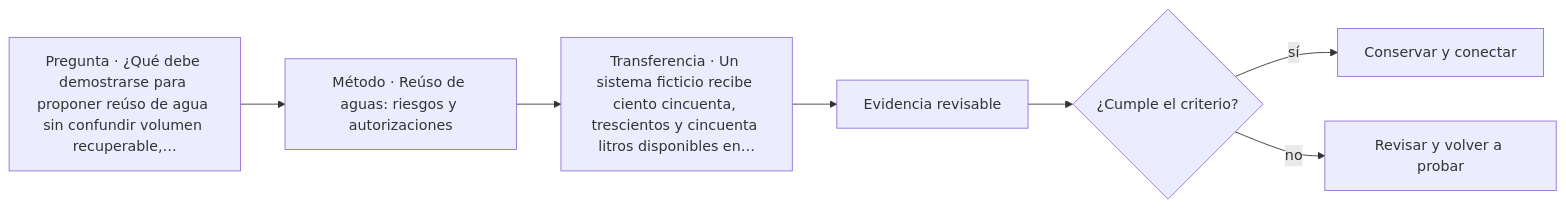
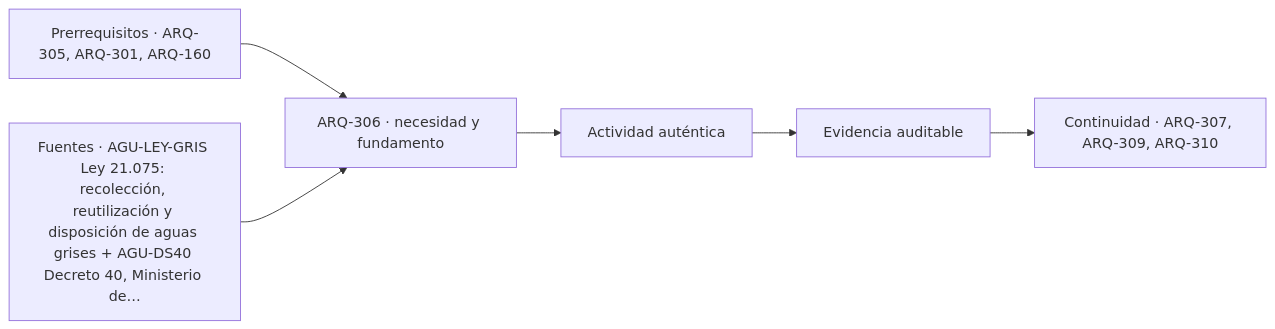
Before and after one commit to vladimiracunadev-create/architecture-built-environment-learning-program: the diagram in classes/parte-31/ARQ-306.md, drawn with Mermaid. The commit also changed other lines of this file and 761 other files, not shown here.

````diff
--- a/classes/parte-31/ARQ-306.md
+++ b/classes/parte-31/ARQ-306.md
@@ -108,9 +120,8 @@
 ```mermaid
 flowchart LR
-    Q["Pregunta · ¿Qué debe demostrarse para proponer reúso de agua sin confundir volumen recuperable,…"] --> M["Método · Reúso de aguas: riesgos y autorizaciones"]
-    M --> P["Transferencia · Un sistema ficticio recibe ciento cincuenta, trescientos y cincuenta litros disponibles en…"]
-    P --> E["Evidencia revisable"]
-    E --> C{"¿Cumple el criterio?"}
-    C -->|sí| T["Conservar y conectar"]
-    C -->|no| R["Revisar y volver a probar"]
+    A["Prerrequisitos · ARQ-305, ARQ-301, ARQ-160"] --> B["ARQ-306 · necesidad y fundamento"]
+    S["Fuentes · AGU-LEY-GRIS Ley 21.075: recolección, reutilización y disposición de aguas grises + AGU-DS40 Decreto 40, Ministerio de…"] --> B
+    B --> C["Actividad auténtica"]
+    C --> D["Evidencia auditable"]
+    D --> E["Continuidad · ARQ-307, ARQ-309, ARQ-310"]
 ```
````
